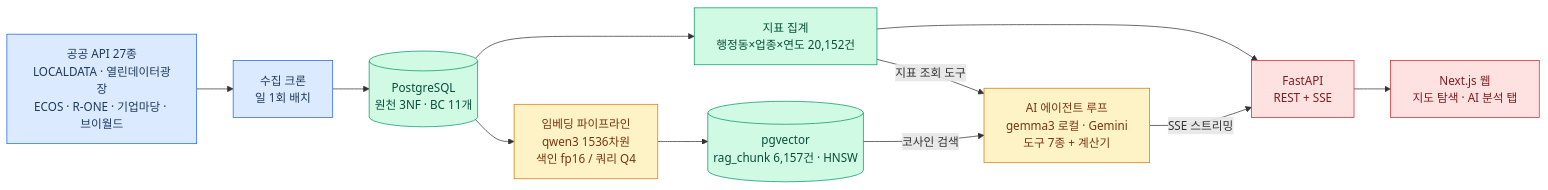
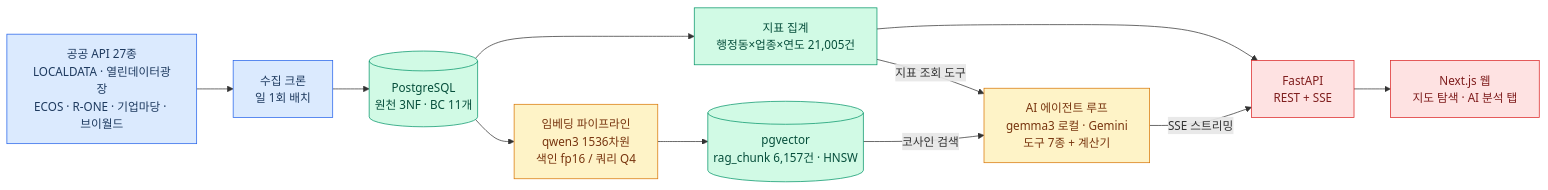
Before and after one commit to beyondfacade/metabole.beyondfacade.cloud: the first of 2 diagrams in jekyll/deliverables/high-level-design.md, drawn with Mermaid. The commit also changed 3 other files, not shown here.

````diff
--- a/jekyll/deliverables/high-level-design.md
+++ b/jekyll/deliverables/high-level-design.md
@@ -19,26 +19,26 @@
 ```mermaid
 flowchart LR
   classDef ingest fill:#dbeafe,stroke:#2563eb,color:#1e3a5f
   classDef data fill:#d1fae5,stroke:#059669,color:#064e3b
   classDef ai fill:#fef3c7,stroke:#d97706,color:#78350f
   classDef serve fill:#fee2e2,stroke:#dc2626,color:#7f1d1d
 
   A1[공공 API 27종<br>LOCALDATA · 열린데이터광장<br>ECOS · R-ONE · 기업마당 · 브이월드]:::ingest
   A2[수집 크론<br>일 1회 배치]:::ingest
   B1[(PostgreSQL<br>원천 3NF · BC 11개)]:::data
-  B2[지표 집계<br>행정동×업종×연도 20,152건]:::data
+  B2[지표 집계<br>행정동×업종×연도 21,005건]:::data
   B3[(pgvector<br>rag_chunk 6,157건 · HNSW)]:::data
   C1[임베딩 파이프라인<br>qwen3 1536차원<br>색인 fp16 / 쿼리 Q4]:::ai
   C2[AI 에이전트 루프<br>gemma3 로컬 · Gemini<br>도구 7종 + 계산기]:::ai
   D1[FastAPI<br>REST + SSE]:::serve
   D2[Next.js 웹<br>지도 탐색 · AI 분석 탭]:::serve
 
   A1 --> A2 --> B1
   B1 --> B2
   B1 --> C1 --> B3
   B2 --> D1
   B3 -->|"코사인 검색"| C2
   B2 -->|"지표 조회 도구"| C2
   C2 -->|"SSE 스트리밍"| D1
   D1 --> D2
 ```
````
